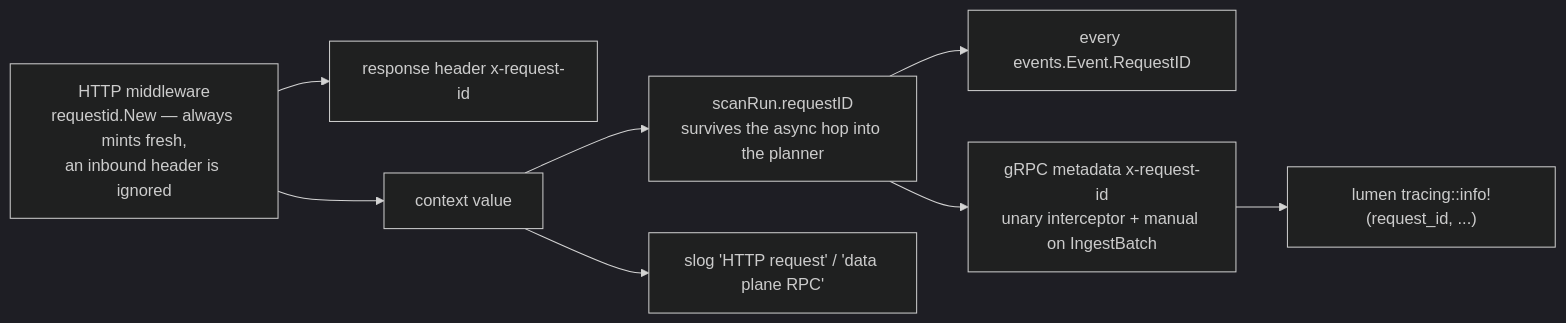
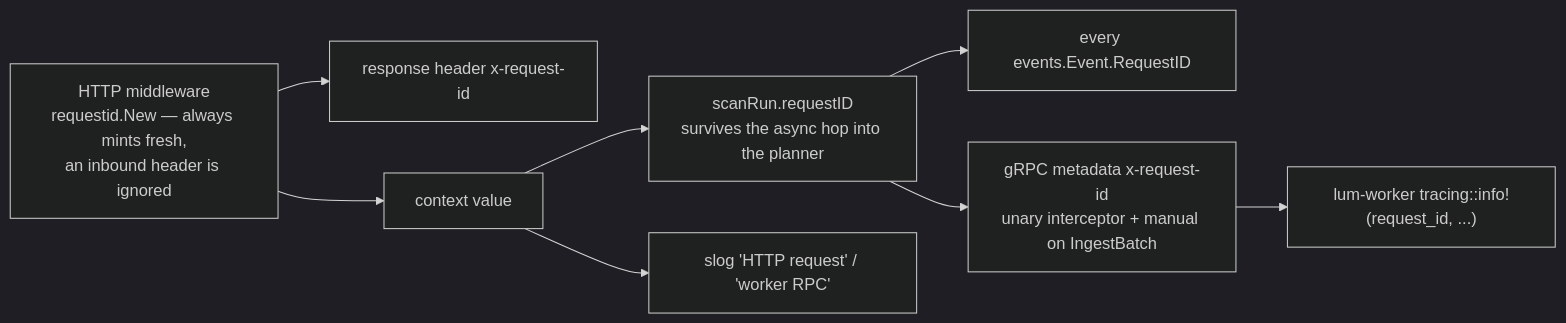
Before and after one commit to alDuncanson/lum: diagram 12 of 17 in docs/diagrams.md, drawn with Mermaid (dark theme). The commit also changed other lines of this file and 107 other files, not shown here.

````diff
--- a/docs/diagrams.md
+++ b/docs/diagrams.md
@@ -574,10 +575,10 @@
 ```mermaid
 flowchart LR
     H["HTTP middleware<br/>requestid.New — always mints fresh,<br/>an inbound header is ignored"] --> RH["response header x-request-id"]
     H --> CTX["context value"]
     CTX --> SCAN["scanRun.requestID<br/>survives the async hop into the planner"]
     SCAN --> EV["every events.Event.RequestID"]
     SCAN --> GRPC["gRPC metadata x-request-id<br/>unary interceptor + manual on IngestBatch"]
-    GRPC --> RS["lumen tracing::info!(request_id, ...)"]
-    CTX --> GLOG["slog 'HTTP request' / 'data plane RPC'"]
+    GRPC --> RS["lum-worker tracing::info!(request_id, ...)"]
+    CTX --> GLOG["slog 'HTTP request' / 'worker RPC'"]
 ```
````
